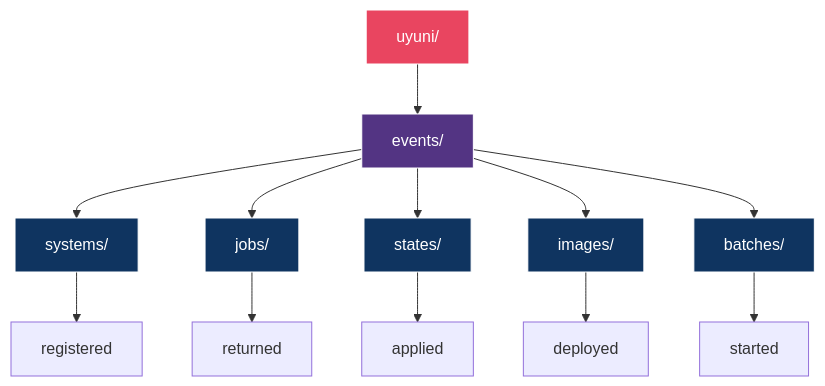
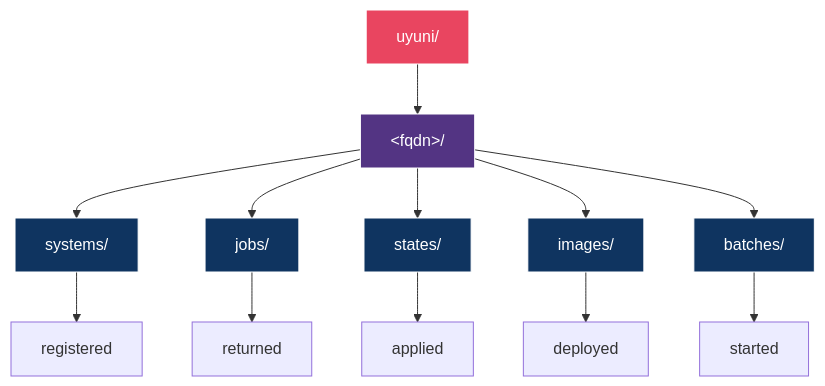
The eighth of 10 diagrams in accepted/00000-mqtt-event-publisher.md (uyuni-project/uyuni-rfc), drawn with Mermaid before and after one commit. The commit also changed other lines of this file, not shown here.

First line of the commit message:
rfc: update topic naming to use server FQDN

````diff
--- a/accepted/00000-mqtt-event-publisher.md
+++ b/accepted/00000-mqtt-event-publisher.md
@@ -344,22 +361,22 @@
 ```mermaid
 graph TD
-    root["uyuni/"] --> events["events/"]
-    events --> systems["systems/"]
-    events --> jobs["jobs/"]
-    events --> states["states/"]
-    events --> images["images/"]
-    events --> batches["batches/"]
+    root["uyuni/"] --> fqdn["&lt;fqdn&gt;/"]
+    fqdn --> systems["systems/"]
+    fqdn --> jobs["jobs/"]
+    fqdn --> states["states/"]
+    fqdn --> images["images/"]
+    fqdn --> batches["batches/"]
     systems --> registered["registered"]
     jobs --> returned["returned"]
     states --> applied["applied"]
     images --> deployed["deployed"]
     batches --> started["started"]
 
     style root fill:#e94560,stroke:#fff,color:#fff
-    style events fill:#533483,stroke:#fff,color:#fff
+    style fqdn fill:#533483,stroke:#fff,color:#fff
     style systems fill:#0f3460,stroke:#fff,color:#fff
     style jobs fill:#0f3460,stroke:#fff,color:#fff
     style states fill:#0f3460,stroke:#fff,color:#fff
     style images fill:#0f3460,stroke:#fff,color:#fff
     style batches fill:#0f3460,stroke:#fff,color:#fff
 ```
````
